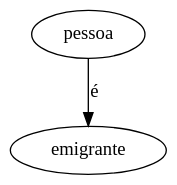
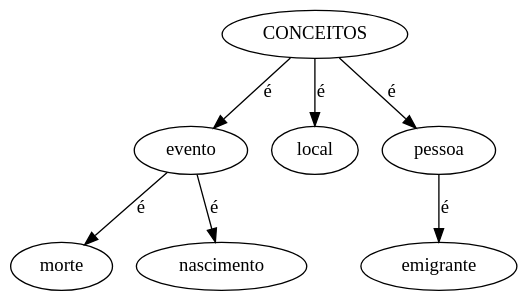
One commit to MiguelCosta/EngenhariaDeLinguagens changed the diagram in EG/ExerciciosParaAvaliacao/Ex5/WebSite/x.gv. Above: the diagram before and after it, drawn with Graphviz. The commit also changed 16 other files, not shown here.

```diff
--- a/EG/ExerciciosParaAvaliacao/Ex5/WebSite/x.gv
+++ b/EG/ExerciciosParaAvaliacao/Ex5/WebSite/x.gv
@@ -1,7 +1,17 @@
 
 digraph mainmap {
-graph [bgcolor=transparent];
+	graph [bgcolor=transparent];
+  CONCEITOS [URL="conceitos.php"];
+"evento" [URL="conceito.php?conceito=evento"];
+CONCEITOS -> "evento"[label=é];
+"morte" [URL="conceito.php?conceito=morte"];
+"evento" -> "morte"[label=é];
+"nascimento" [URL="conceito.php?conceito=nascimento"];
+"evento" -> "nascimento"[label=é];
+"local" [URL="conceito.php?conceito=local"];
+CONCEITOS -> "local"[label=é];
 "pessoa" [URL="conceito.php?conceito=pessoa"];
+CONCEITOS -> "pessoa"[label=é];
 "emigrante" [URL="conceito.php?conceito=emigrante"];
 "pessoa" -> "emigrante"[label=é];
 }
```
